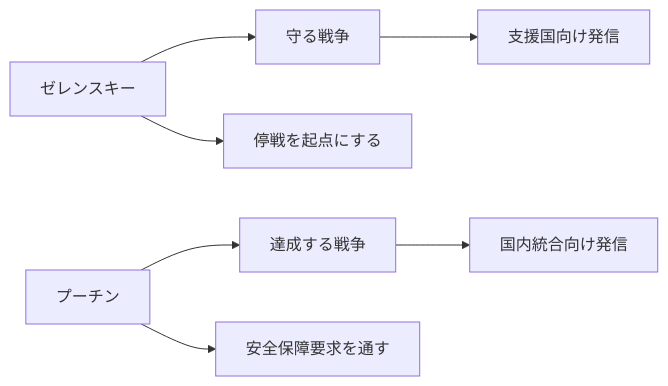
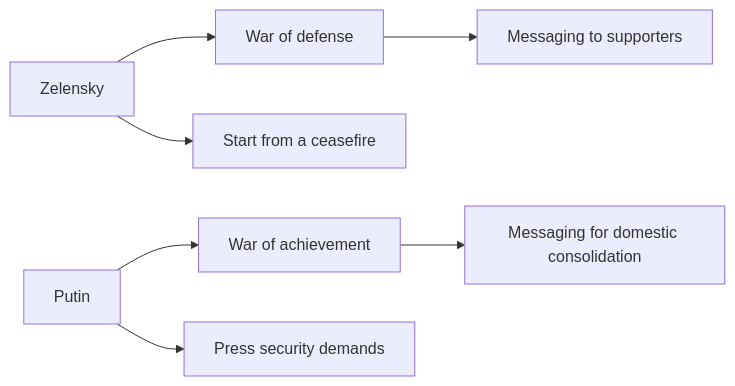
One commit to daylight55/research changed the diagram in content/blog/en/zelensky-putin-recent-statements-war-aims.mdx. Above: the diagram before and after it, drawn with Mermaid. The commit also changed 26 other files, not shown here.

Commit message:
Translate English Mermaid labels

````diff
--- a/content/blog/en/zelensky-putin-recent-statements-war-aims.mdx
+++ b/content/blog/en/zelensky-putin-recent-statements-war-aims.mdx
@@ -34,9 +34,9 @@
 ```mermaid
 flowchart LR
-    Z[ゼレンスキー] --> Z1[守る戦争]
-    Z --> Z2[停戦を起点にする]
-    P[プーチン] --> P1[達成する戦争]
-    P --> P2[安全保障要求を通す]
-    Z1 --> Z3[支援国向け発信]
-    P1 --> P3[国内統合向け発信]
+    Z[Zelensky] --> Z1[War of defense]
+    Z --> Z2[Start from a ceasefire]
+    P[Putin] --> P1[War of achievement]
+    P --> P2[Press security demands]
+    Z1 --> Z3[Messaging to supporters]
+    P1 --> P3[Messaging for domestic consolidation]
 ```
````
